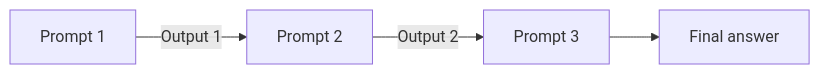
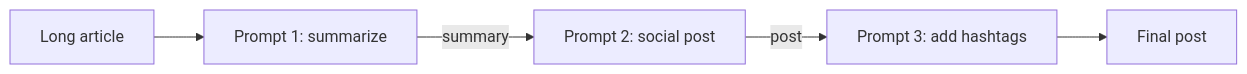
Before and after one commit to kaisarnajar/outcome-school-blogs: the second of 3 diagrams in notes/step-08-prompt-engineering-and-context-engineering/098-how-does-prompt-chaining-work.md, drawn with Mermaid. The commit also changed other lines of this file and 233 other files, not shown here.

````diff
--- a/notes/step-08-prompt-engineering-and-context-engineering/098-how-does-prompt-chaining-work.md
+++ b/notes/step-08-prompt-engineering-and-context-engineering/098-how-does-prompt-chaining-work.md
@@ -44,6 +78,7 @@
 ```mermaid
 flowchart LR
-    A["Prompt 1"] -->|"Output 1"| B["Prompt 2"]
-    B -->|"Output 2"| C["Prompt 3"]
-    C --> D["Final answer"]
+    art["Long article"] --> p1["Prompt 1: summarize"]
+    p1 -->|"summary"| p2["Prompt 2: social post"]
+    p2 -->|"post"| p3["Prompt 3: add hashtags"]
+    p3 --> out["Final post"]
 ```
````
